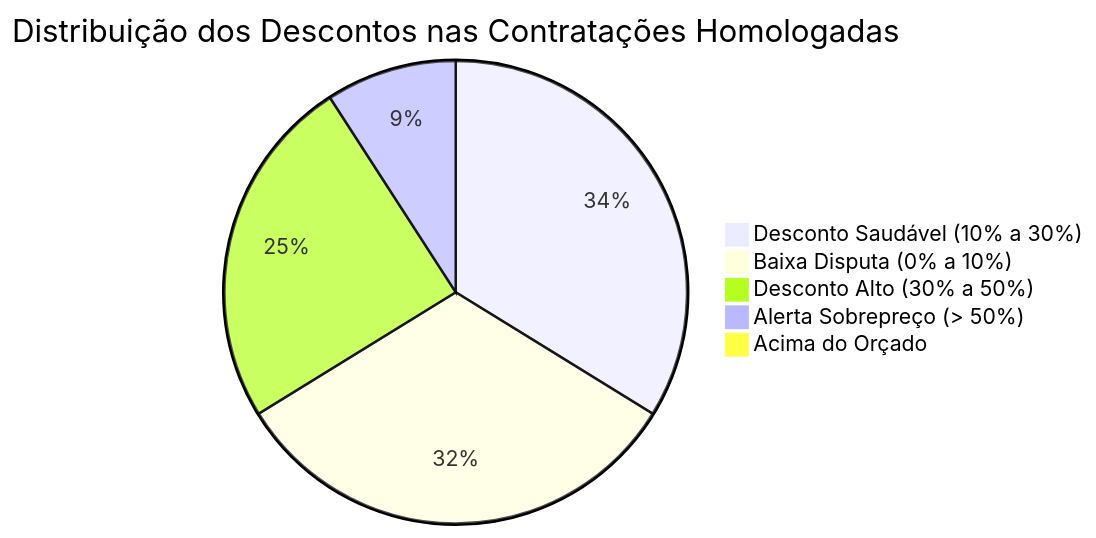
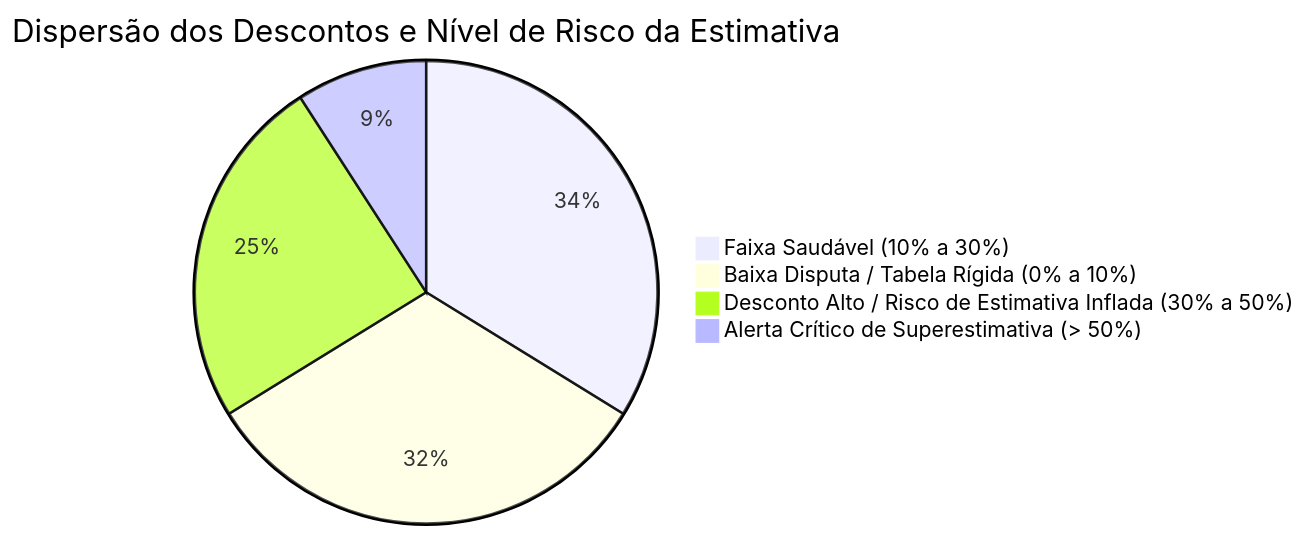
Before and after one commit to Thiago-Nog84/mapeamento-contratacoes-tce-pi: the second of 2 diagrams in documentos_governanca/estudo_economicidade_mppe_mppi.md, drawn with Mermaid. The commit also changed other lines of this file and 7 other files, not shown here.

````diff
--- a/documentos_governanca/estudo_economicidade_mppe_mppi.md
+++ b/documentos_governanca/estudo_economicidade_mppe_mppi.md
@@ -46,8 +89,7 @@
 ```mermaid
-pie title Distribuição dos Descontos nas Contratações Homologadas
-    "Desconto Saudável (10% a 30%)" : 74
-    "Baixa Disputa (0% a 10%)" : 71
-    "Desconto Alto (30% a 50%)" : 54
-    "Alerta Sobrepreço (> 50%)" : 20
-    "Acima do Orçado" : 0
+pie title Dispersão dos Descontos e Nível de Risco da Estimativa
+    "Faixa Saudável (10% a 30%)" : 74
+    "Baixa Disputa / Tabela Rígida (0% a 10%)" : 71
+    "Desconto Alto / Risco de Estimativa Inflada (30% a 50%)" : 54
+    "Alerta Crítico de Superestimativa (> 50%)" : 20
 ```
````
